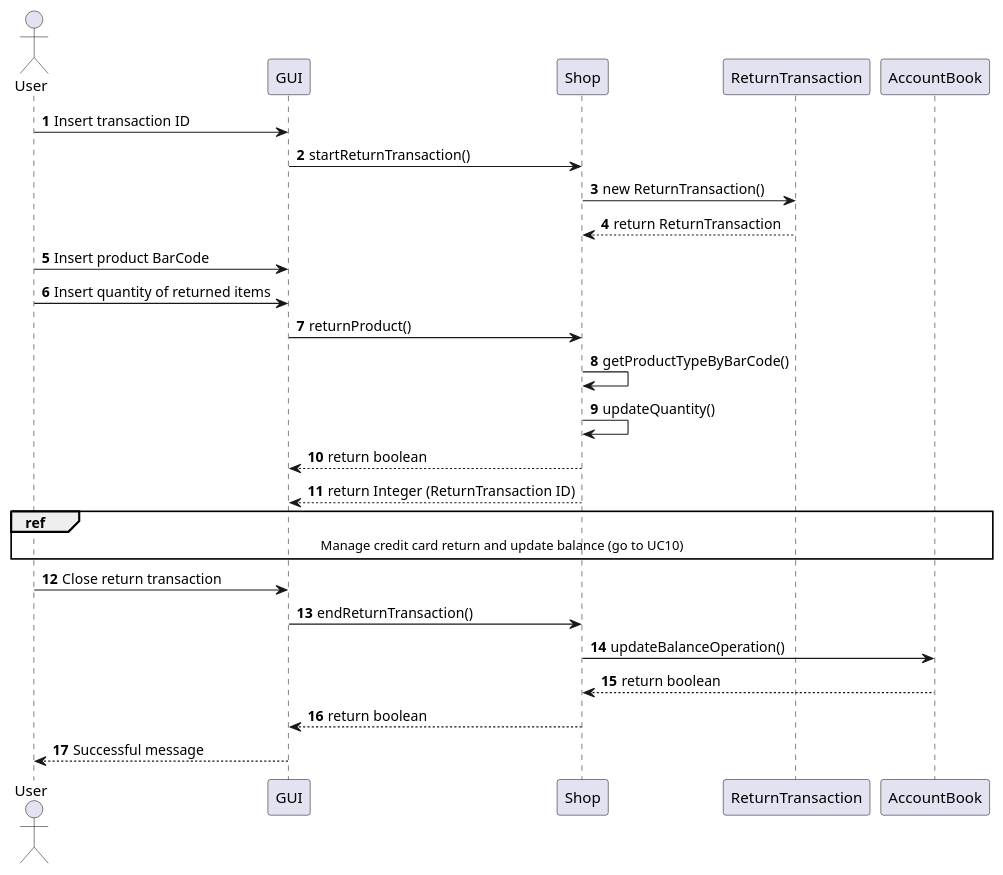
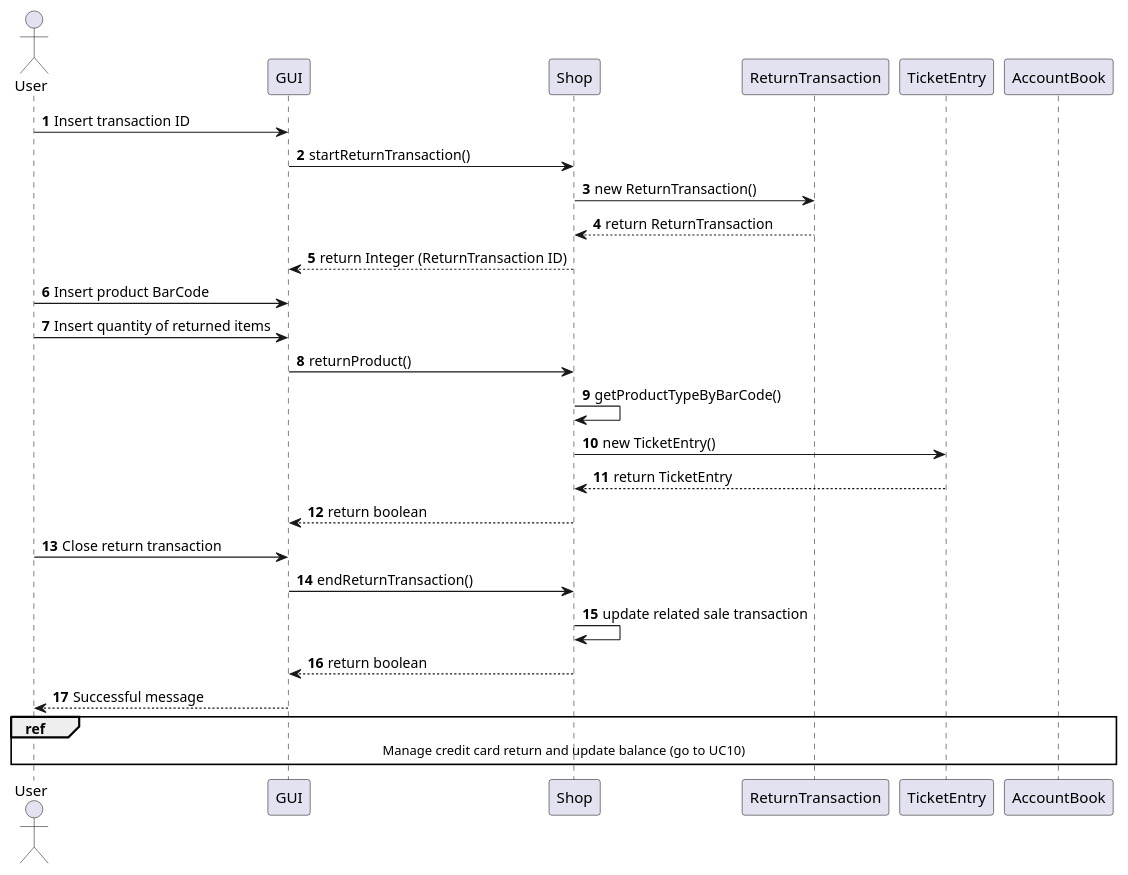
One commit to Stormz4/group20-EzShop changed diagram 20 of 23 in Deliverables/DesignDocument.md. Above: the diagram before and after it, drawn with PlantUML. The commit also changed other lines of this file, not shown here.

````diff
--- a/Deliverables/DesignDocument.md
+++ b/Deliverables/DesignDocument.md
@@ -650,26 +719,26 @@
 ```plantuml
 @startuml
 Actor User
 autonumber
 User -> GUI: Insert transaction ID
 GUI -> Shop: startReturnTransaction()
 Shop -> ReturnTransaction: new ReturnTransaction()
 ReturnTransaction --> Shop: return ReturnTransaction
+Shop --> GUI: return Integer (ReturnTransaction ID)
 User -> GUI: Insert product BarCode
 User -> GUI: Insert quantity of returned items
 GUI -> Shop: returnProduct()
 Shop -> Shop: getProductTypeByBarCode()
-Shop -> Shop : updateQuantity()
+Shop -> TicketEntry: new TicketEntry()
+TicketEntry --> Shop: return TicketEntry
 Shop --> GUI: return boolean
-Shop --> GUI: return Integer (ReturnTransaction ID)
+User -> GUI: Close return transaction
+GUI -> Shop: endReturnTransaction()
+Shop -> Shop: update related sale transaction
+Shop --> GUI: return boolean
+GUI --> User: Successful message
 ref over GUI, User, Shop, AccountBook
 Manage credit card return and update balance (go to UC10)
 end ref
-User -> GUI: Close return transaction
-GUI -> Shop: endReturnTransaction()
-Shop -> AccountBook: updateBalanceOperation()
-AccountBook --> Shop: return boolean
-Shop --> GUI: return boolean
-GUI --> User: Successful message
 @enduml
 ```
````
